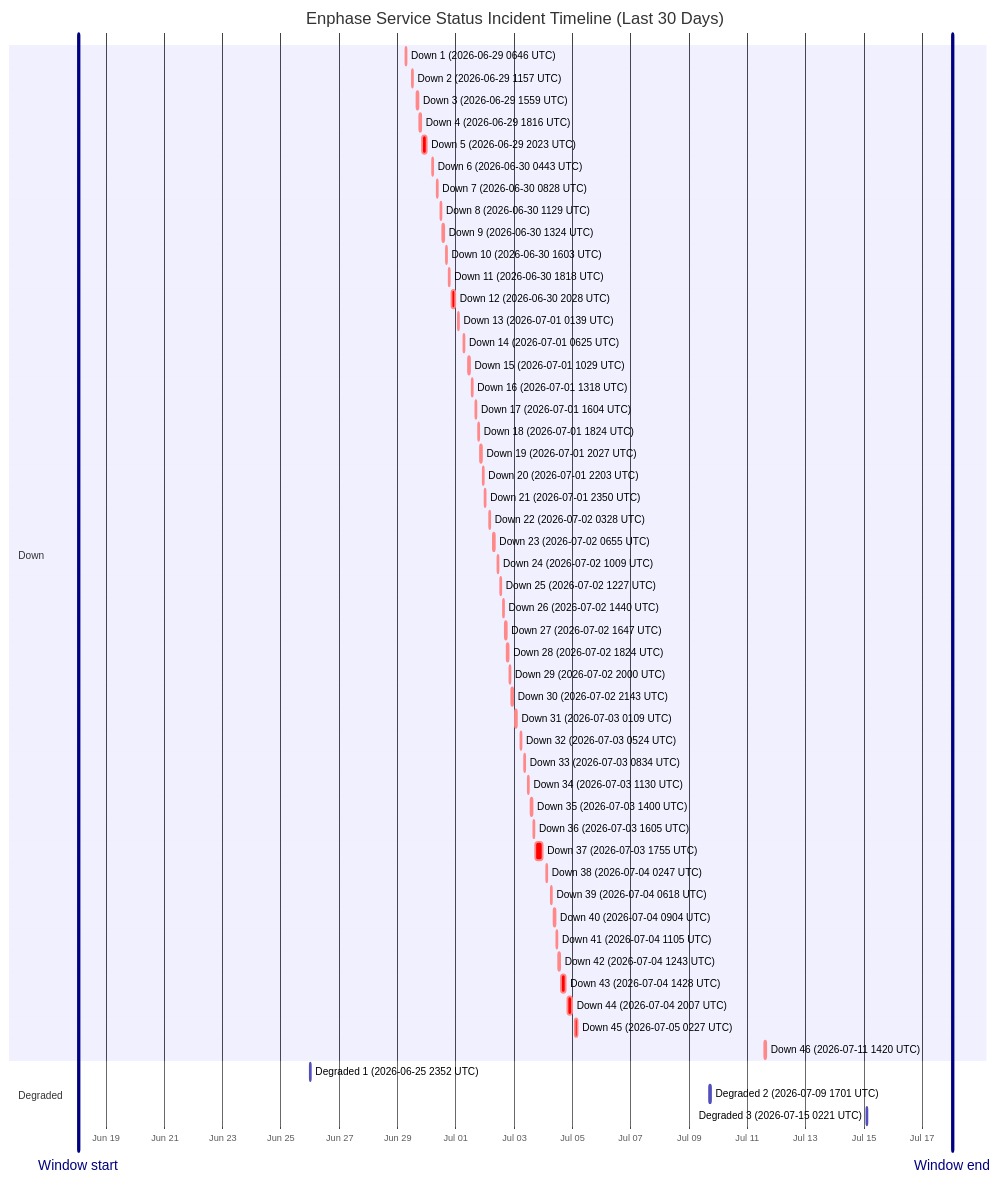
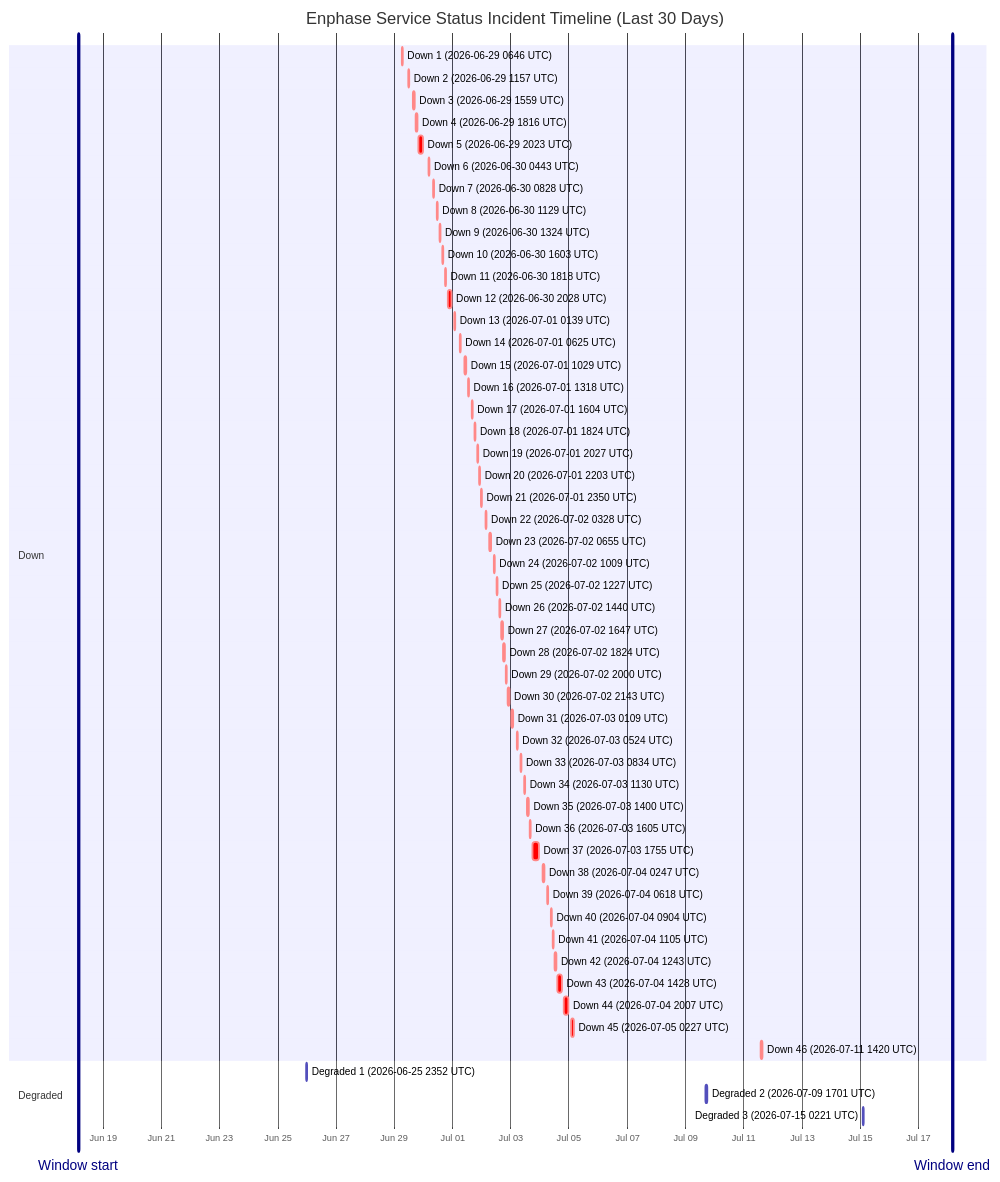
The diagram in wiki/Service-Status-History.md (barneyonline/ha-enphase-energy), drawn with Mermaid before and after one commit. The commit also changed other lines of this file and 3 other files, not shown here.

````diff
--- a/wiki/Service-Status-History.md
+++ b/wiki/Service-Status-History.md
@@ -14,59 +14,59 @@
 ```mermaid
 gantt
     title Enphase Service Status Incident Timeline (Last 30 Days)
     dateFormat  YYYY-MM-DDTHH:mm:ss
     axisFormat  %b %d
-    Window start :vert, window-start, 2026-06-18T00:54:08, 0ms
-    Window end :vert, window-end, 2026-07-18T00:54:08, 0ms
+    Window start :vert, window-start, 2026-06-18T03:53:16, 0ms
+    Window end :vert, window-end, 2026-07-18T03:53:16, 0ms
     section Down
     Down 1 (2026-06-29 0646 UTC) :crit, down-1, 2026-06-29T06:46:18, 60m
     Down 2 (2026-06-29 1157 UTC) :crit, down-2, 2026-06-29T11:57:36, 60m
     Down 3 (2026-06-29 1559 UTC) :crit, down-3, 2026-06-29T15:59:02, 60m
     Down 4 (2026-06-29 1816 UTC) :crit, down-4, 2026-06-29T18:16:38, 60m
     Down 5 (2026-06-29 2023 UTC) :crit, down-5, 2026-06-29T20:23:16, 220m
     Down 6 (2026-06-30 0443 UTC) :crit, down-6, 2026-06-30T04:43:54, 60m
     Down 7 (2026-06-30 0828 UTC) :crit, down-7, 2026-06-30T08:28:43, 60m
     Down 8 (2026-06-30 1129 UTC) :crit, down-8, 2026-06-30T11:29:15, 60m
     Down 9 (2026-06-30 1324 UTC) :crit, down-9, 2026-06-30T13:24:25, 60m
     Down 10 (2026-06-30 1603 UTC) :crit, down-10, 2026-06-30T16:03:26, 60m
     Down 11 (2026-06-30 1818 UTC) :crit, down-11, 2026-06-30T18:18:39, 60m
     Down 12 (2026-06-30 2028 UTC) :crit, down-12, 2026-06-30T20:28:54, 171m
     Down 13 (2026-07-01 0139 UTC) :crit, down-13, 2026-07-01T01:39:18, 60m
     Down 14 (2026-07-01 0625 UTC) :crit, down-14, 2026-07-01T06:25:35, 60m
     Down 15 (2026-07-01 1029 UTC) :crit, down-15, 2026-07-01T10:29:24, 60m
     Down 16 (2026-07-01 1318 UTC) :crit, down-16, 2026-07-01T13:18:31, 60m
     Down 17 (2026-07-01 1604 UTC) :crit, down-17, 2026-07-01T16:04:29, 60m
     Down 18 (2026-07-01 1824 UTC) :crit, down-18, 2026-07-01T18:24:21, 60m
     Down 19 (2026-07-01 2027 UTC) :crit, down-19, 2026-07-01T20:27:17, 60m
     Down 20 (2026-07-01 2203 UTC) :crit, down-20, 2026-07-01T22:03:46, 60m
     Down 21 (2026-07-01 2350 UTC) :crit, down-21, 2026-07-01T23:50:52, 60m
     Down 22 (2026-07-02 0328 UTC) :crit, down-22, 2026-07-02T03:28:33, 60m
     Down 23 (2026-07-02 0655 UTC) :crit, down-23, 2026-07-02T06:55:07, 60m
     Down 24 (2026-07-02 1009 UTC) :crit, down-24, 2026-07-02T10:09:15, 60m
     Down 25 (2026-07-02 1227 UTC) :crit, down-25, 2026-07-02T12:27:49, 60m
     Down 26 (2026-07-02 1440 UTC) :crit, down-26, 2026-07-02T14:40:53, 60m
     Down 27 (2026-07-02 1647 UTC) :crit, down-27, 2026-07-02T16:47:47, 60m
     Down 28 (2026-07-02 1824 UTC) :crit, down-28, 2026-07-02T18:24:26, 60m
     Down 29 (2026-07-02 2000 UTC) :crit, down-29, 2026-07-02T20:00:57, 60m
     Down 30 (2026-07-02 2143 UTC) :crit, down-30, 2026-07-02T21:43:52, 80m
     Down 31 (2026-07-03 0109 UTC) :crit, down-31, 2026-07-03T01:09:19, 60m
     Down 32 (2026-07-03 0524 UTC) :crit, down-32, 2026-07-03T05:24:23, 60m
     Down 33 (2026-07-03 0834 UTC) :crit, down-33, 2026-07-03T08:34:05, 60m
     Down 34 (2026-07-03 1130 UTC) :crit, down-34, 2026-07-03T11:30:41, 60m
     Down 35 (2026-07-03 1400 UTC) :crit, down-35, 2026-07-03T14:00:48, 60m
     Down 36 (2026-07-03 1605 UTC) :crit, down-36, 2026-07-03T16:05:49, 60m
     Down 37 (2026-07-03 1755 UTC) :crit, down-37, 2026-07-03T17:55:54, 338m
     Down 38 (2026-07-04 0247 UTC) :crit, down-38, 2026-07-04T02:47:22, 60m
     Down 39 (2026-07-04 0618 UTC) :crit, down-39, 2026-07-04T06:18:09, 60m
     Down 40 (2026-07-04 0904 UTC) :crit, down-40, 2026-07-04T09:04:41, 60m
     Down 41 (2026-07-04 1105 UTC) :crit, down-41, 2026-07-04T11:05:21, 60m
     Down 42 (2026-07-04 1243 UTC) :crit, down-42, 2026-07-04T12:43:25, 60m
     Down 43 (2026-07-04 1428 UTC) :crit, down-43, 2026-07-04T14:28:07, 243m
     Down 44 (2026-07-04 2007 UTC) :crit, down-44, 2026-07-04T20:07:50, 206m
     Down 45 (2026-07-05 0227 UTC) :crit, down-45, 2026-07-05T02:27:32, 109m
     Down 46 (2026-07-11 1420 UTC) :crit, down-46, 2026-07-11T14:20:54, 69m
     section Degraded
     Degraded 1 (2026-06-25 2352 UTC) :active, degraded-1, 2026-06-25T23:52:01, 60m
     Degraded 2 (2026-07-09 1701 UTC) :active, degraded-2, 2026-07-09T17:01:02, 60m
     Degraded 3 (2026-07-15 0221 UTC) :active, degraded-3, 2026-07-15T02:21:35, 60m
 ```
````
